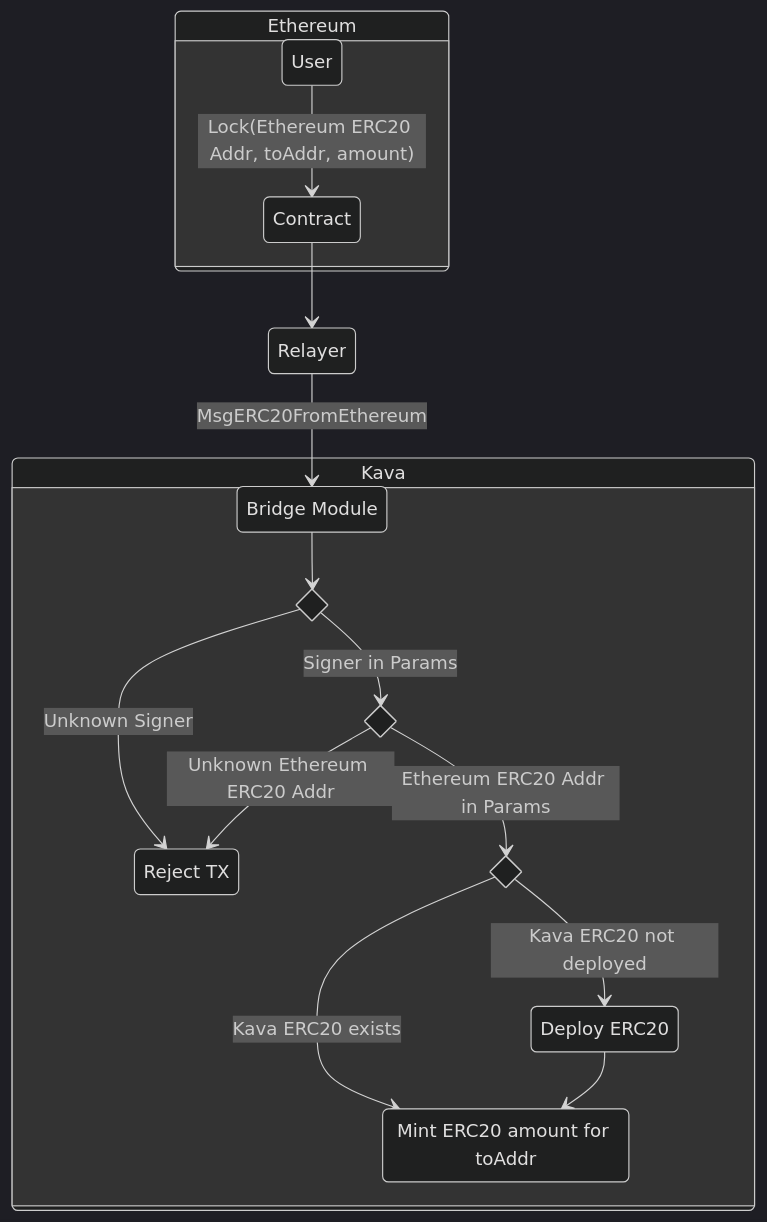
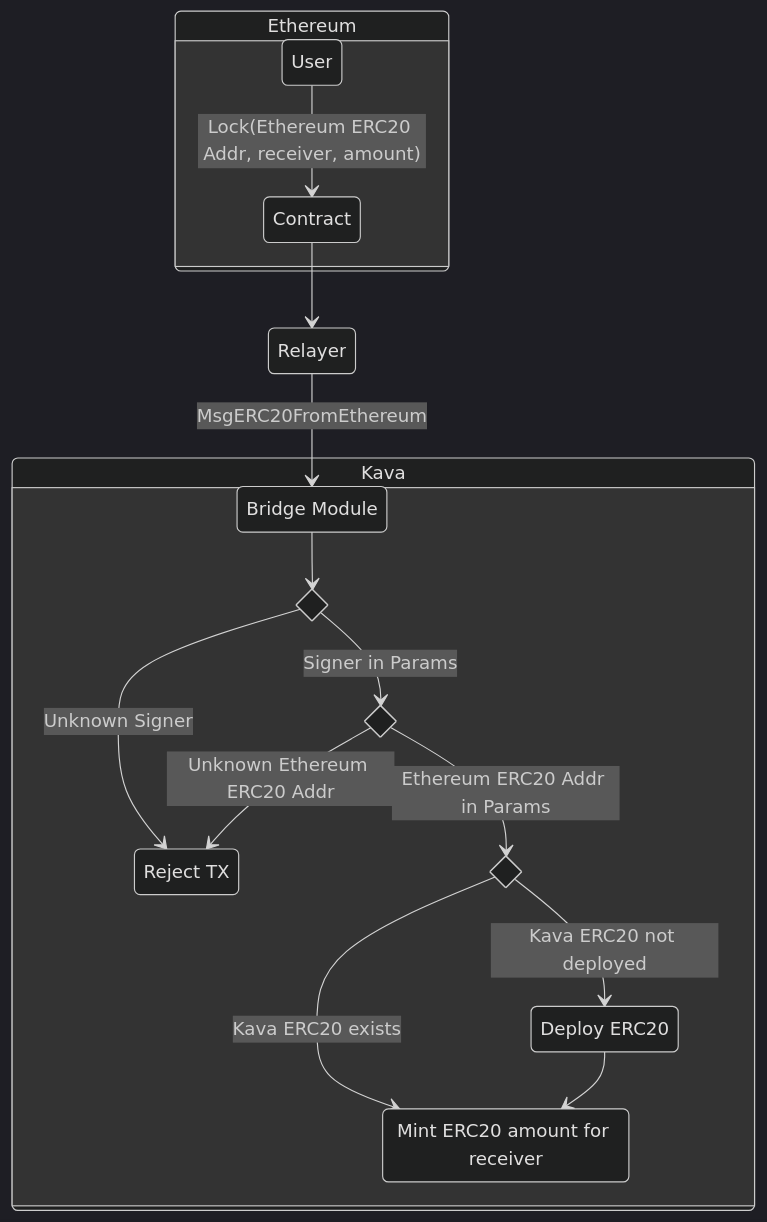
Before and after one commit to Kava-Labs/kava-bridge: the diagram in x/bridge/spec/01_concepts.md, drawn with Mermaid (dark theme). The commit also changed other lines of this file and 2 other files, not shown here.

Commit message:
Add events, use receiver address

````diff
--- a/x/bridge/spec/01_concepts.md
+++ b/x/bridge/spec/01_concepts.md
@@ -44,31 +44,32 @@
 ```mermaid
 stateDiagram-v2
     state Ethereum {
-        User --> Contract: Lock(Ethereum ERC20 Addr, toAddr, amount)
+        User --> Contract: Lock(Ethereum ERC20 Addr, receiver, amount)
     }
     
     Contract --> Relayer
     Relayer --> BridgeModule: MsgERC20FromEthereum
 
     state Kava {
         Reject: Reject TX
         BridgeModule: Bridge Module
 
         state if_has_permission <<choice>>
         state if_erc20_deployed <<choice>>
         state if_erc20_enabled <<choice>>
 
         BridgeModule --> if_has_permission
         if_has_permission --> Reject: Unknown Signer
         if_has_permission --> if_erc20_enabled: Signer in Params
 
         if_erc20_enabled --> Reject: Unknown Ethereum ERC20 Addr
         if_erc20_enabled --> if_erc20_deployed: Ethereum ERC20 Addr in Params
 
         DeployERC20: Deploy ERC20
-        MintERC20: Mint ERC20 amount for toAddr
+        MintERC20: Mint ERC20 amount for receiver
         if_erc20_deployed --> DeployERC20: Kava ERC20 not deployed
         if_erc20_deployed --> MintERC20: Kava ERC20 exists
         DeployERC20 --> MintERC20
     }
+
 ```
````
